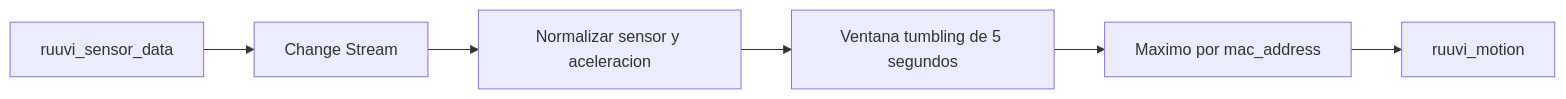
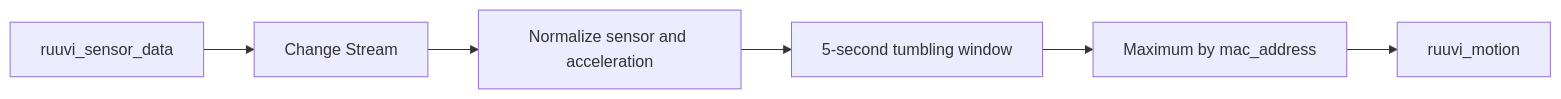
One commit to unai-ss/atlas-stream-processor-playground changed the diagram in projects/03-ruuvi-motion/README.md. Above: the diagram before and after it, drawn with Mermaid. The commit also changed other lines of this file and 9 other files, not shown here.

````diff
--- a/projects/03-ruuvi-motion/README.md
+++ b/projects/03-ruuvi-motion/README.md
@@ -12,8 +12,8 @@
 ```mermaid
 flowchart LR
 		A[ruuvi_sensor_data] --> B[Change Stream]
-		B --> C[Normalizar sensor y aceleracion]
-		C --> D[Ventana tumbling de 5 segundos]
-		D --> E[Maximo por mac_address]
+		B --> C[Normalize sensor and acceleration]
+		C --> D[5-second tumbling window]
+		D --> E[Maximum by mac_address]
 		E --> F[ruuvi_motion]
 ```
````
